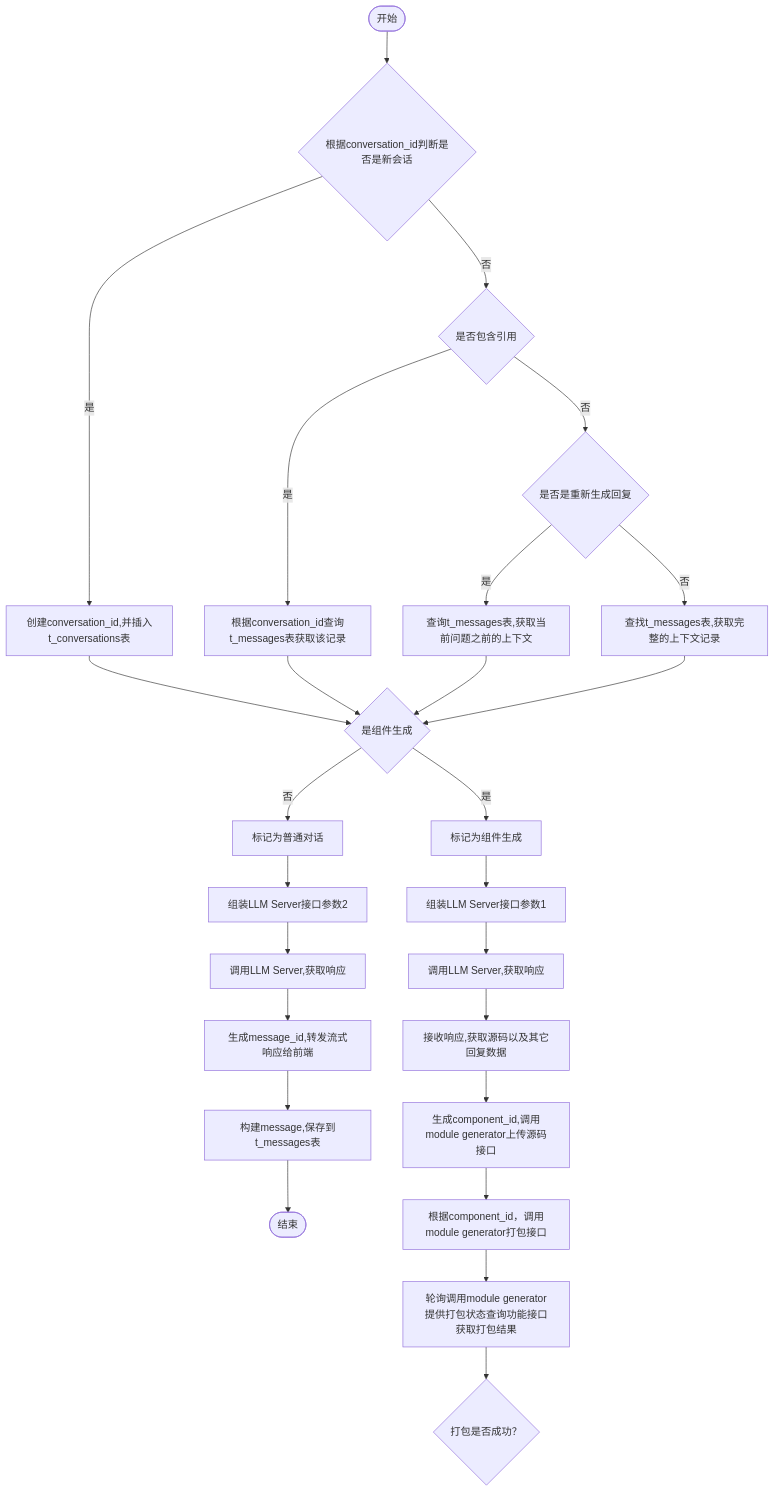
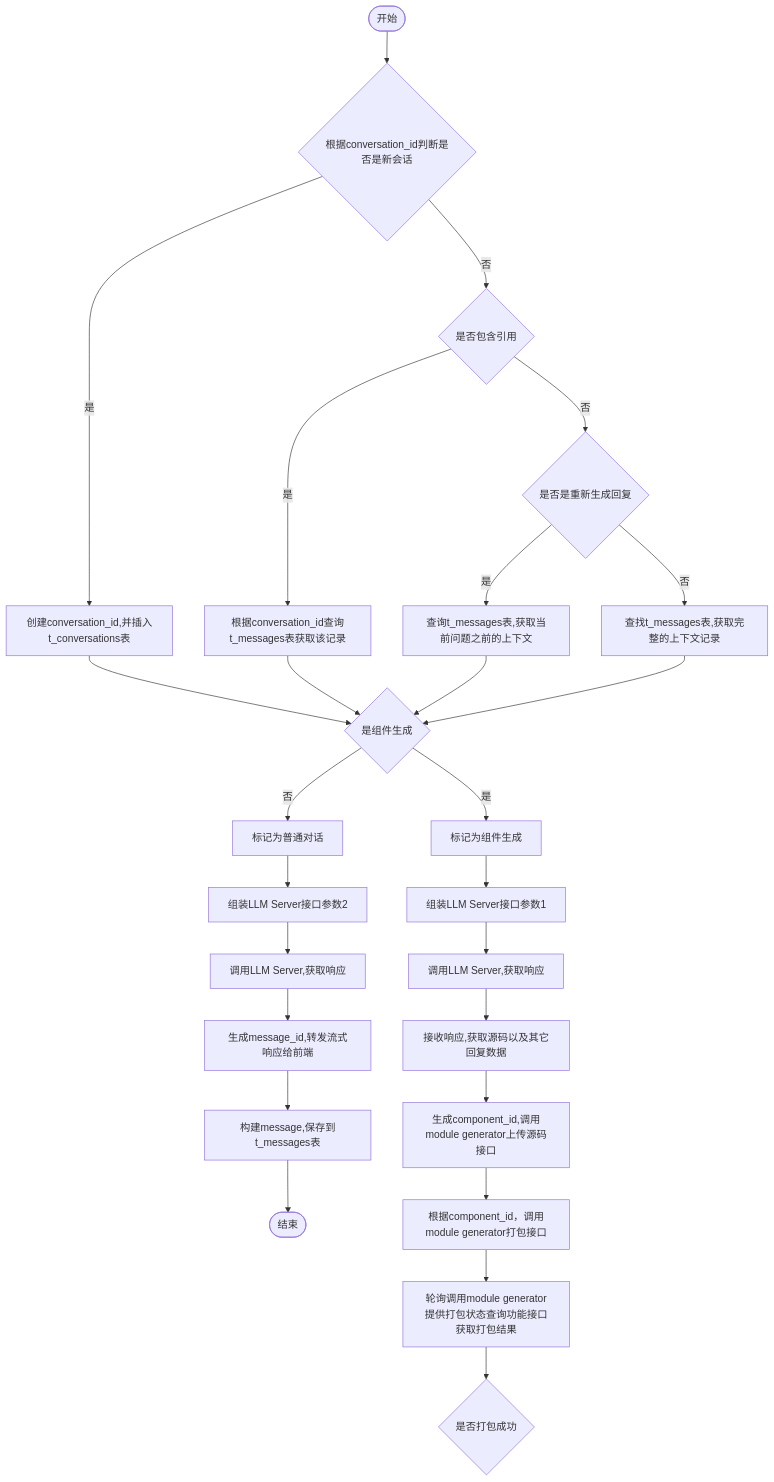
One commit to yingjianzh/iodraw-files changed the diagram in all/未命名-7.md. Above: the diagram before and after it, drawn with Mermaid.

Commit message:
2024-10-12 14:36:54 update

````diff
--- a/all/未命名-7.md
+++ b/all/未命名-7.md
@@ -1,31 +1,32 @@
 ```mermaid
 flowchart TD
     A([开始]) --> B{根据conversation_id判断是否是新会话}
     B -- 是 --> C[创建conversation_id,并插入t_conversations表]
     B -- 否 --> D{是否包含引用}
     D -- 是 --> E[根据conversation_id查询t_messages表获取该记录]
     D -- 否 --> F{是否是重新生成回复}
     F -- 是 --> G[查询t_messages表,获取当前问题之前的上下文]
     F -- 否 --> H[查找t_messages表,获取完整的上下文记录]
      
     C & E & G & H --> I{是组件生成}
     I -- 是 --> J[标记为组件生成]
     I -- 否 --> K[标记为普通对话]
 
     J --> L[组装LLM Server接口参数1]    
     K --> M[组装LLM Server接口参数2]    
     M --> N[调用LLM Server,获取响应]    
     N --> O[生成message_id,转发流式响应给前端]
     O --> P[构建message,保存到t_messages表]
     P --> R([结束])
 
 
     L --> S[调用LLM Server,获取响应]
     S --> T[接收响应,获取源码以及其它回复数据]
     T --> U[生成component_id,调用module generator上传源码接口]
     U --> V[根据component_id，调用module generator打包接口]
     V --> W[轮询调用module generator提供打包状态查询功能接口获取打包结果]
-    W --> X{打包是否成功？}
+    W --> X{是否打包成功}
+    
 
 
 ```
````
